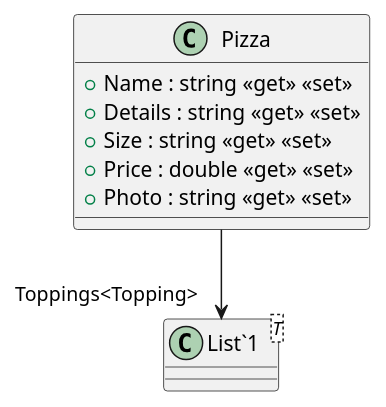
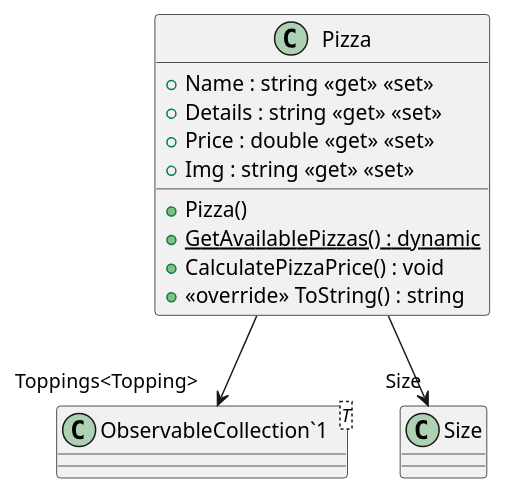
The diagram in Models/generatedPuml/Pizza.puml (risha700/studio_II), drawn with PlantUML before and after one commit. The commit also changed 9 other files, not shown here.

```diff
--- a/Models/generatedPuml/Pizza.puml
+++ b/Models/generatedPuml/Pizza.puml
@@ -1,12 +1,16 @@
 @startuml
 class Pizza {
     + Name : string <<get>> <<set>>
     + Details : string <<get>> <<set>>
-    + Size : string <<get>> <<set>>
     + Price : double <<get>> <<set>>
-    + Photo : string <<get>> <<set>>
+    + Img : string <<get>> <<set>>
+    + Pizza()
+    + {static} GetAvailablePizzas() : dynamic
+    + CalculatePizzaPrice() : void
+    + <<override>> ToString() : string
 }
-class "List`1"<T> {
+class "ObservableCollection`1"<T> {
 }
-Pizza --> "Toppings<Topping>" "List`1"
+Pizza --> "Size" Size
+Pizza --> "Toppings<Topping>" "ObservableCollection`1"
 @enduml
```
